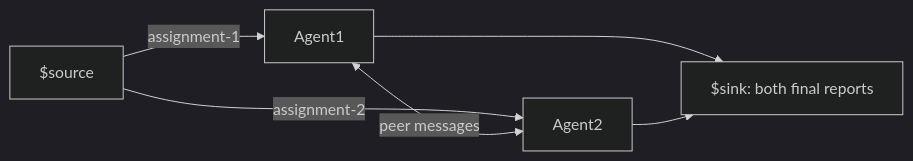
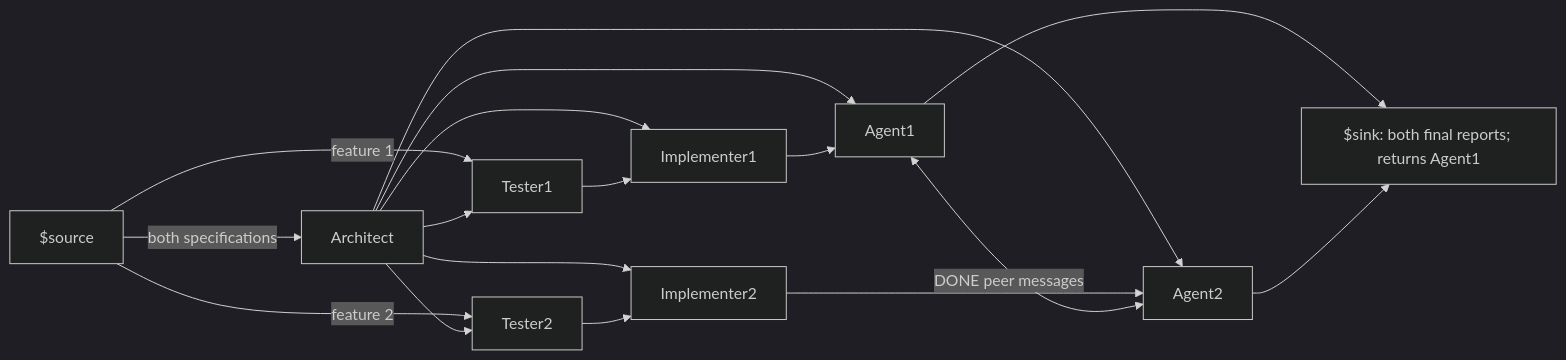
The diagram in examples/cooperbench/README.md (microsoft/junco), drawn with Mermaid (dark theme) before and after one commit. The commit also changed other lines of this file and 28 other files, not shown here.

````diff
--- a/examples/cooperbench/README.md
+++ b/examples/cooperbench/README.md
@@ -5,8 +5,13 @@
 ```mermaid
 flowchart LR
-  S["$source"] -->|assignment-1| A1[Agent1]
-  S -->|assignment-2| A2[Agent2]
-  A1 <-->|peer messages| A2
-  A1 --> K["$sink: both final reports"]
+  S["$source"] -->|both specifications| AR[Architect]
+  S -->|feature 1| T1[Tester1]
+  S -->|feature 2| T2[Tester2]
+  AR --> T1 & I1[Implementer1] & A1[Agent1]
+  AR --> T2 & I2[Implementer2] & A2[Agent2]
+  T1 --> I1 --> A1
+  T2 --> I2 --> A2
+  A1 <-->|DONE peer messages| A2
+  A1 --> K["$sink: both final reports; returns Agent1"]
   A2 --> K
 ```
````
